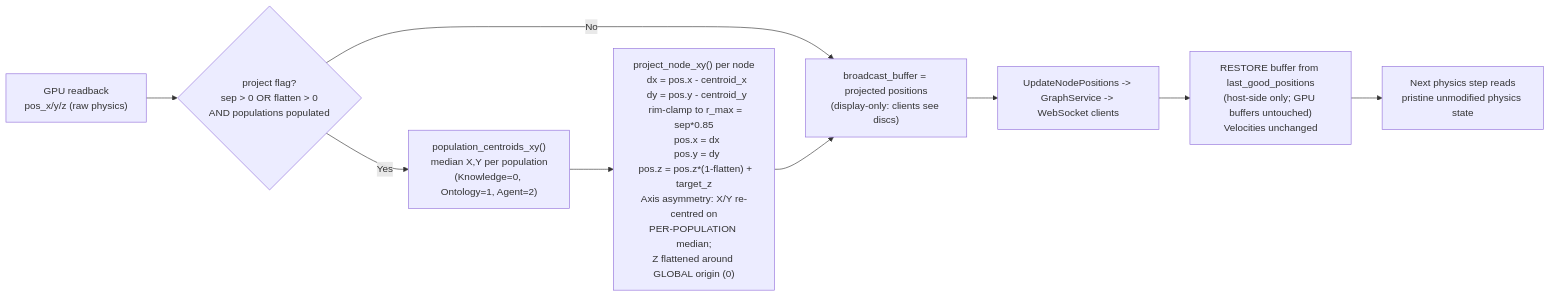
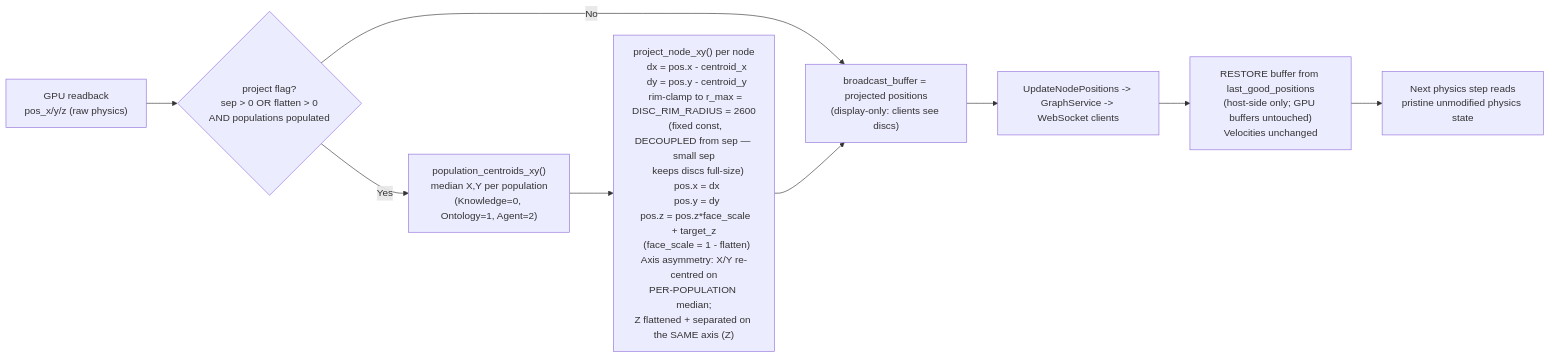
Before and after one commit to shaneholloman/logseq-spring-thing: the third of 3 diagrams in docs/architecture/diagrams/06-gpu-physics.md, drawn with Mermaid. The commit also changed other lines of this file and 7 other files, not shown here.

First line of the commit message:
fix(gpu): apply identical Z-axis disc projection in bad-frame fallback

````diff
--- a/docs/architecture/diagrams/06-gpu-physics.md
+++ b/docs/architecture/diagrams/06-gpu-physics.md
@@ -138,15 +138,15 @@
 ```mermaid
 flowchart LR
     A["GPU readback\npos_x/y/z (raw physics)"] --> B{"project flag?\nsep > 0 OR flatten > 0\nAND populations populated"}
 
     B -->|No| E["broadcast_buffer = raw physics\n(no transform)"]
     B -->|Yes| C["population_centroids_xy()\nmedian X,Y per population\n(Knowledge=0, Ontology=1, Agent=2)"]
 
-    C --> D["project_node_xy() per node\n  dx = pos.x - centroid_x\n  dy = pos.y - centroid_y\n  rim-clamp to r_max = sep*0.85\n  pos.x = dx\n  pos.y = dy\n  pos.z = pos.z*(1-flatten) + target_z\nAxis asymmetry: X/Y re-centred on\nPER-POPULATION median;\nZ flattened around GLOBAL origin (0)"]
+    C --> D["project_node_xy() per node\n  dx = pos.x - centroid_x\n  dy = pos.y - centroid_y\n  rim-clamp to r_max = DISC_RIM_RADIUS = 2600\n  (fixed const, DECOUPLED from sep — small sep\n   keeps discs full-size)\n  pos.x = dx\n  pos.y = dy\n  pos.z = pos.z*face_scale + target_z\n  (face_scale = 1 - flatten)\nAxis asymmetry: X/Y re-centred on\nPER-POPULATION median;\nZ flattened + separated on the SAME axis (Z)"]
 
     D --> E["broadcast_buffer = projected positions\n(display-only: clients see discs)"]
     E --> F["UpdateNodePositions -> GraphService -> WebSocket clients"]
 
     F --> G["RESTORE buffer from last_good_positions\n(host-side only; GPU buffers untouched)\nVelocities unchanged"]
     G --> H["Next physics step reads\npristine unmodified physics state"]
 ```
````
